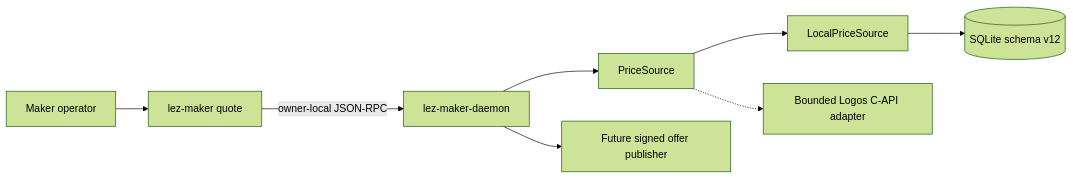
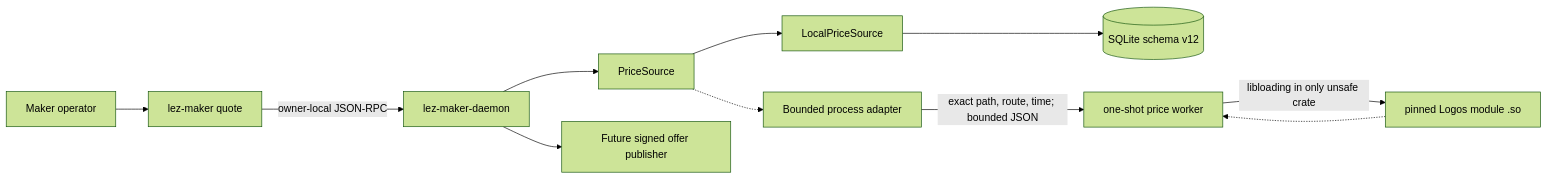
One commit to gateway-fm/lez-atomic-swaps changed the first of 2 diagrams in docs/architecture/0081-pluggable-maker-price-source.md. Above: the diagram before and after it, drawn with Mermaid (forest theme). The commit also changed other lines of this file and 14 other files, not shown here.

Commit message:
feat(m5): isolate Logos price C API

````diff
--- a/docs/architecture/0081-pluggable-maker-price-source.md
+++ b/docs/architecture/0081-pluggable-maker-price-source.md
@@ -18,10 +18,13 @@
 ```mermaid
 flowchart LR
     Operator["Maker operator"] --> CLI["lez-maker quote"]
     CLI -->|"owner-local JSON-RPC"| Daemon["lez-maker-daemon"]
     Daemon --> Port["PriceSource"]
     Port --> Local["LocalPriceSource"]
     Local --> DB[("SQLite schema v12")]
-    Port -.-> CAPI["Bounded Logos C-API adapter"]
+    Port -.-> Parent["Bounded process adapter"]
+    Parent -->|"exact path, route, time; bounded JSON"| Worker["one-shot price worker"]
+    Worker -->|"libloading in only unsafe crate"| Module["pinned Logos module .so"]
+    Module -.-> Worker
     Daemon --> Offer["Future signed offer publisher"]
 ```
````
